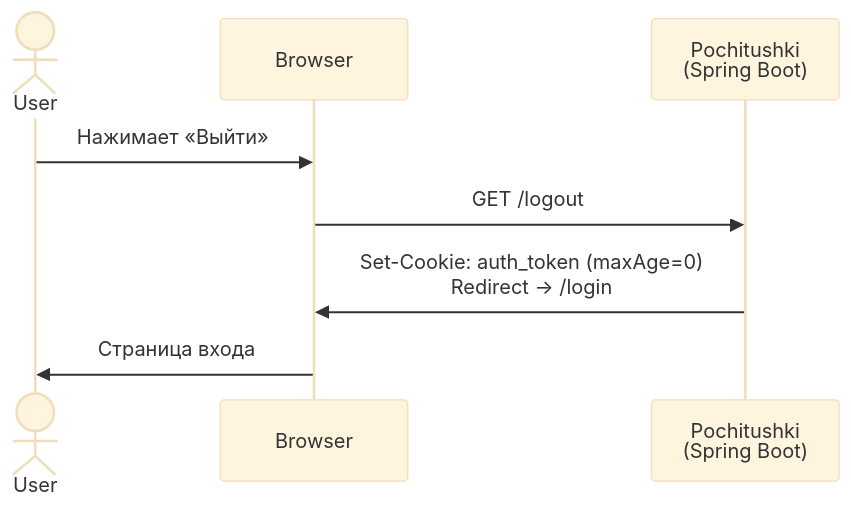
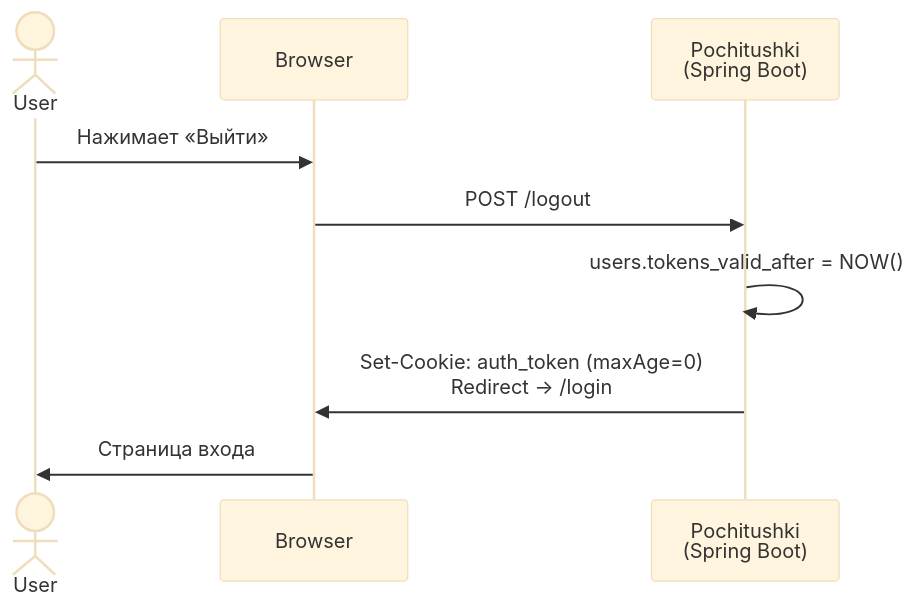
The second of 3 diagrams in README.md (proshik/pochitushki), drawn with Mermaid (base theme) before and after one commit. The commit also changed other lines of this file and 10 other files, not shown here.

````diff
--- a/README.md
+++ b/README.md
@@ -247,11 +288,12 @@
 ```mermaid
 sequenceDiagram
     actor User
     participant Browser
     participant App as Pochitushki<br/>(Spring Boot)
 
     User->>Browser: Нажимает «Выйти»
-    Browser->>App: GET /logout
+    Browser->>App: POST /logout
+    App->>App: users.tokens_valid_after = NOW()
     App->>Browser: Set-Cookie: auth_token (maxAge=0)<br/>Redirect → /login
     Browser->>User: Страница входа
 ```
````
